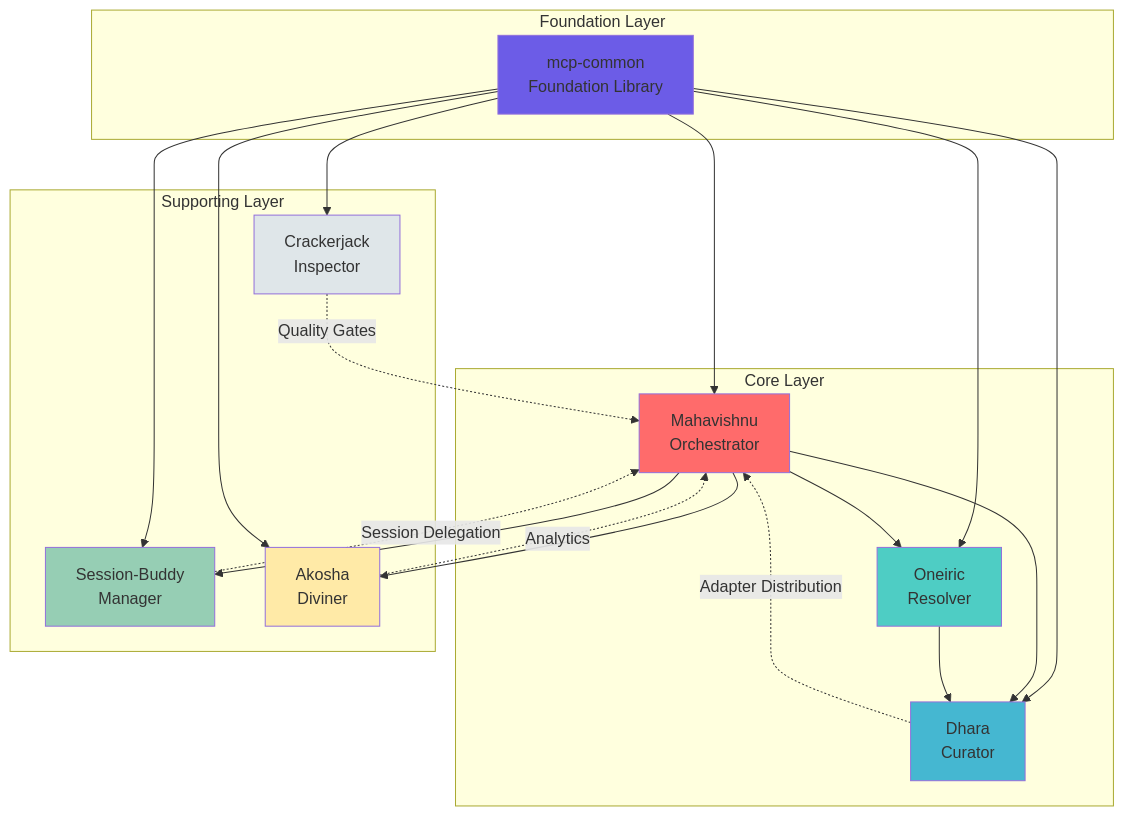
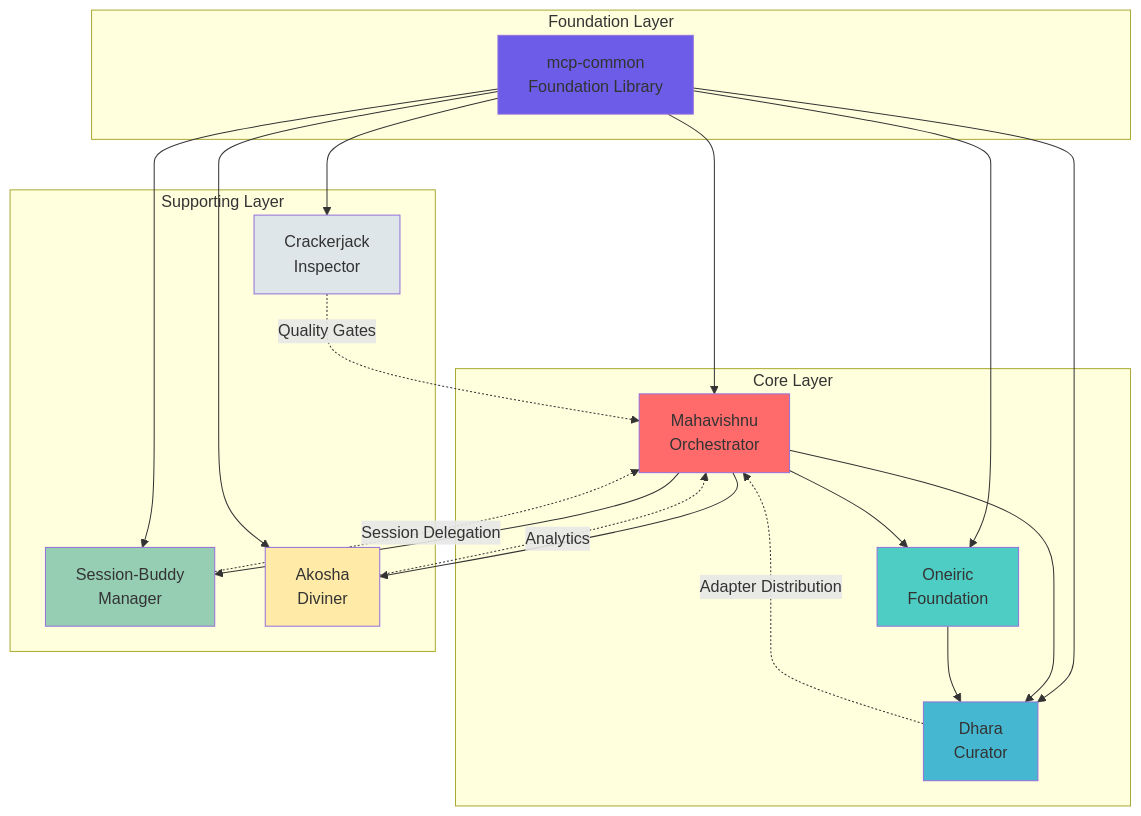
One commit to lesleslie/mahavishnu changed the first of 2 diagrams in docs/archive/ecosystem/ECOSYSTEM_README.md. Above: the diagram before and after it, drawn with Mermaid. The commit also changed other lines of this file and 23 other files, not shown here.

````diff
--- a/docs/archive/ecosystem/ECOSYSTEM_README.md
+++ b/docs/archive/ecosystem/ECOSYSTEM_README.md
@@ -385,45 +388,45 @@
 ```mermaid
 graph TB
     subgraph "Foundation Layer"
         MCP[mcp-common<br/>Foundation Library]
     end
 
     subgraph "Core Layer"
         MHV[Mahavishnu<br/>Orchestrator]
-        ONE[Oneiric<br/>Resolver]
+        ONE[Oneiric<br/>Foundation]
         DH[Dhara<br/>Curator]
     end
 
     subgraph "Supporting Layer"
         SB[Session-Buddy<br/>Manager]
         AK[Akosha<br/>Diviner]
         CJ[Crackerjack<br/>Inspector]
     end
 
     MCP --> MHV
     MCP --> SB
     MCP --> DH
     MCP --> AK
     MCP --> CJ
     MCP --> ONE
 
     MHV --> ONE
     MHV --> DH
     MHV --> SB
     MHV --> AK
 
     ONE --> DH
 
     DH -.Adapter Distribution.-> MHV
     SB -.Session Delegation.-> MHV
     AK -.Analytics.-> MHV
     CJ -.Quality Gates.-> MHV
 
     style MHV fill:#ff6b6b
     style ONE fill:#4ecdc4
     style DH fill:#45b7d1
     style SB fill:#96ceb4
     style AK fill:#ffeaa7
     style CJ fill:#dfe6e9
     style MCP fill:#6c5ce7
 ```
````
